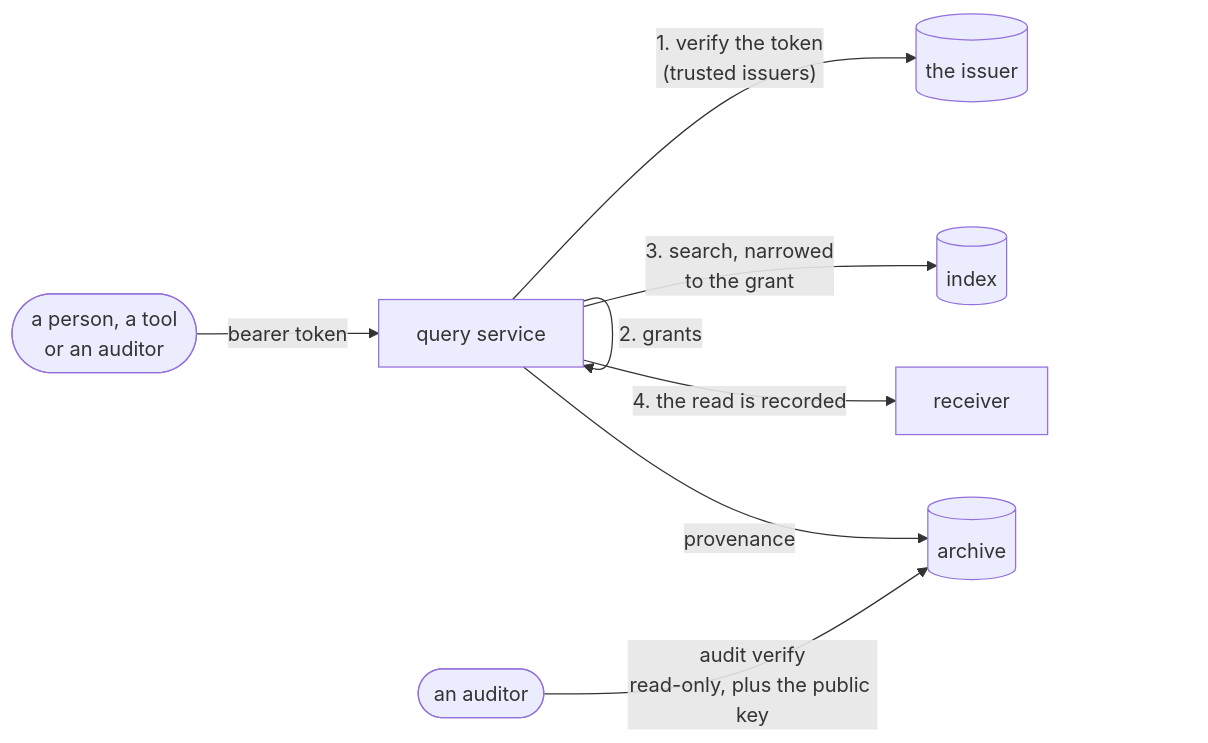
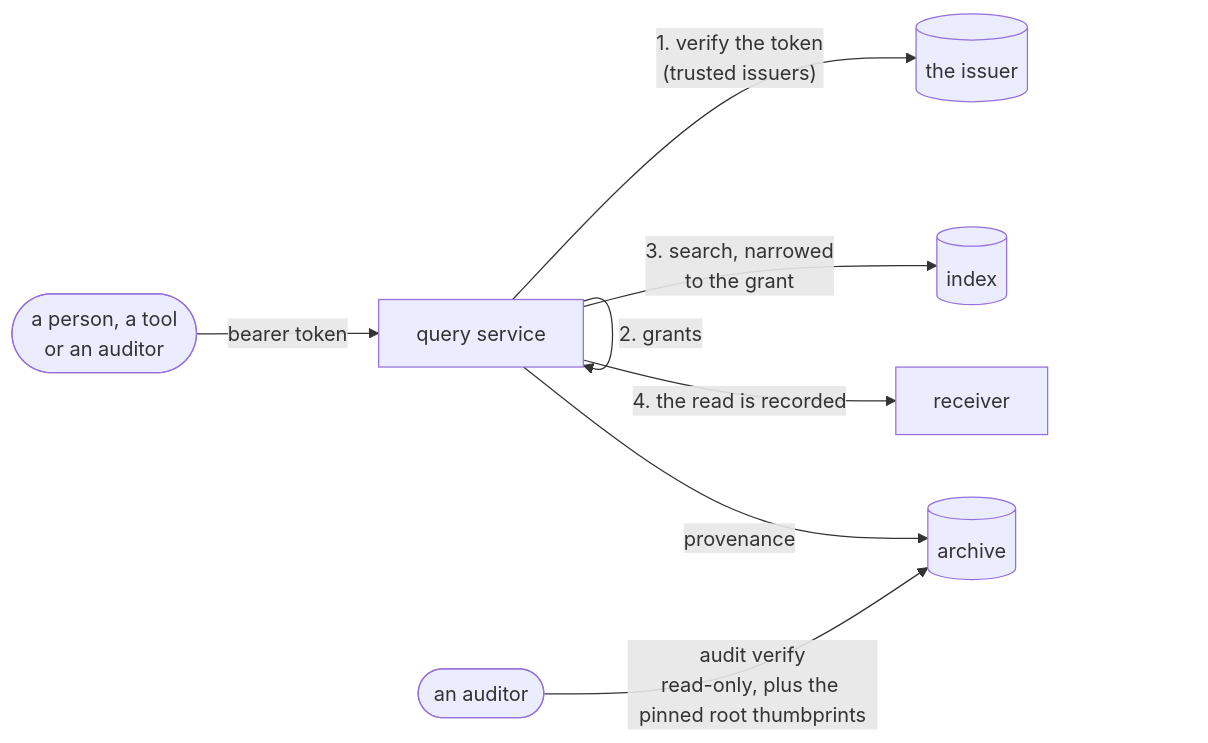
The diagram in docs/how-to/read-the-trail.md (truvity/audit), drawn with Mermaid before and after one commit. The commit also changed other lines of this file and 36 other files, not shown here.

````diff
--- a/docs/how-to/read-the-trail.md
+++ b/docs/how-to/read-the-trail.md
@@ -12,10 +28,10 @@
 ```mermaid
 flowchart LR
   P(["a person, a tool<br/>or an auditor"]) -- "bearer token" --> Q["query service"]
   Q -- "1. verify the token<br/>(trusted issuers)" --> I[("the issuer")]
   Q -- "2. grants" --> Q
   Q -- "3. search, narrowed<br/>to the grant" --> PG[("index")]
   Q -- "4. the read is recorded" --> R["receiver"]
   Q -- "provenance" --> S3[("archive")]
-  A(["an auditor"]) -- "audit verify<br/>read-only, plus the public key" --> S3
+  A(["an auditor"]) -- "audit verify<br/>read-only, plus the pinned root thumbprints" --> S3
 ```
````
